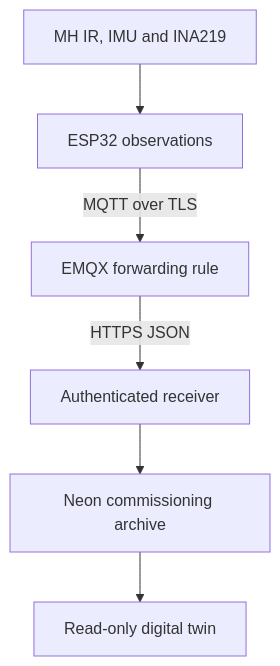
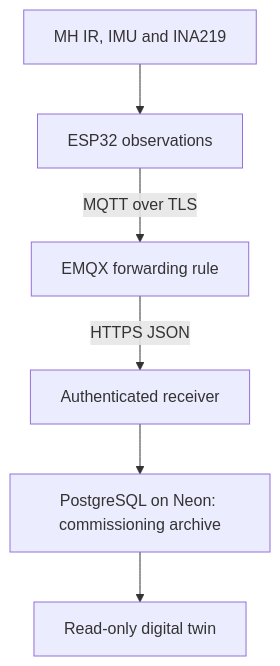
The first of 3 diagrams in project_documentation/dashboard_and_telemetry_system_architecture.md (SLRICHRIS/richris-replenishment-digital-twin), drawn with Mermaid before and after one commit. The commit also changed other lines of this file and 3 other files, not shown here.

Commit message:
Clarify PostgreSQL database engine and Neon cloud hosting

````diff
--- a/project_documentation/dashboard_and_telemetry_system_architecture.md
+++ b/project_documentation/dashboard_and_telemetry_system_architecture.md
@@ -11,8 +11,8 @@
 ```mermaid
 flowchart TD
   S["MH IR, IMU and INA219"] --> E["ESP32 observations"]
   E -->|"MQTT over TLS"| B["EMQX forwarding rule"]
   B -->|"HTTPS JSON"| R["Authenticated receiver"]
-  R --> D["Neon commissioning archive"]
+  R --> D["PostgreSQL on Neon: commissioning archive"]
   D --> W["Read-only digital twin"]
 ```
````
